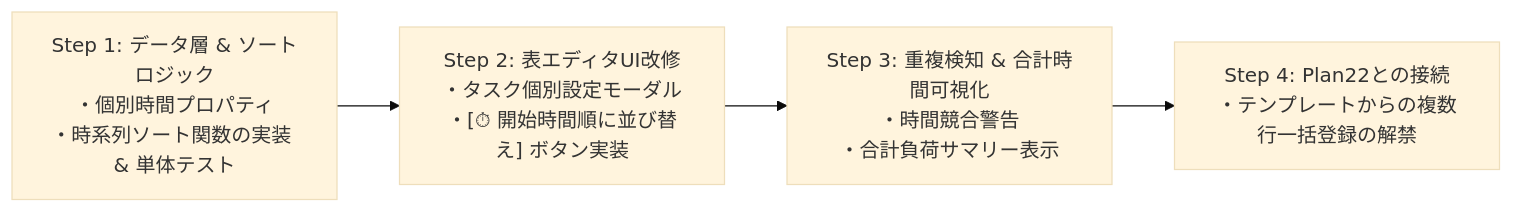
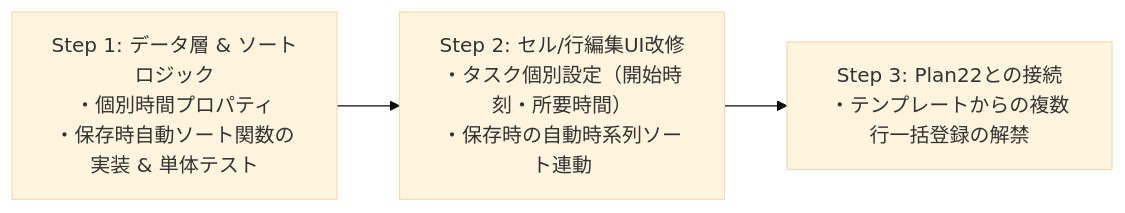
One commit to chku25062-sketch/creation_1 changed the fourth of 4 diagrams in Plan23.md. Above: the diagram before and after it, drawn with Mermaid (base theme). The commit also changed other lines of this file, not shown here.

Commit message:
docs: Plan23の並び替えトリガーをタスク保存時自動ソートに更新し追加提案を保留に設定

````diff
--- a/Plan23.md
+++ b/Plan23.md
@@ -182,6 +164,5 @@
 ```mermaid
 flowchart LR
-    Step1["Step 1: データ層 & ソートロジック\n・個別時間プロパティ\n・時系列ソート関数の実装 & 単体テスト"] --> Step2["Step 2: 表エディタUI改修\n・タスク個別設定モーダル\n・[⏱ 開始時間順に並び替え] ボタン実装"]
-    Step2 --> Step3["Step 3: 重複検知 & 合計時間可視化\n・時間競合警告\n・合計負荷サマリー表示"]
-    Step3 --> Step4["Step 4: Plan22との接続\n・テンプレートからの複数行一括登録の解禁"]
+    Step1["Step 1: データ層 & ソートロジック\n・個別時間プロパティ\n・保存時自動ソート関数の実装 & 単体テスト"] --> Step2["Step 2: セル/行編集UI改修\n・タスク個別設定（開始時刻・所要時間）\n・保存時の自動時系列ソート連動"]
+    Step2 --> Step3["Step 3: Plan22との接続\n・テンプレートからの複数行一括登録の解禁"]
 ```
````
